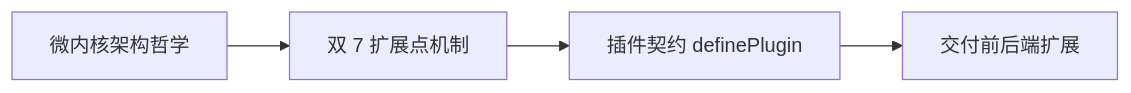
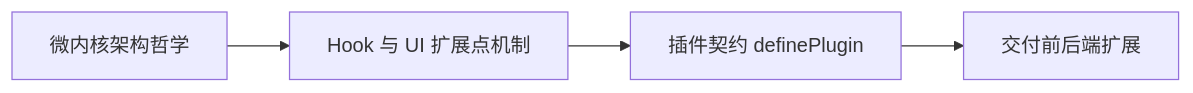
One commit to team4u/helm changed the third of 4 diagrams in docs/README.md. Above: the diagram before and after it, drawn with Mermaid. The commit also changed other lines of this file and 10 other files, not shown here.

Commit message:
docs(architecture): 微内核瘦身契约同步——移除双7对称与watchdog_tick、Worktree迁入workflow、client.tsx单轨与json-render/mermaid插件化

````diff
--- a/docs/README.md
+++ b/docs/README.md
@@ -54,6 +54,6 @@
 ```mermaid
 flowchart LR
-    A["微内核架构哲学"] --> B["双 7 扩展点机制"]
+    A["微内核架构哲学"] --> B["Hook 与 UI 扩展点机制"]
     B --> C["插件契约 definePlugin"]
     C --> D["交付前后端扩展"]
 ```
````
